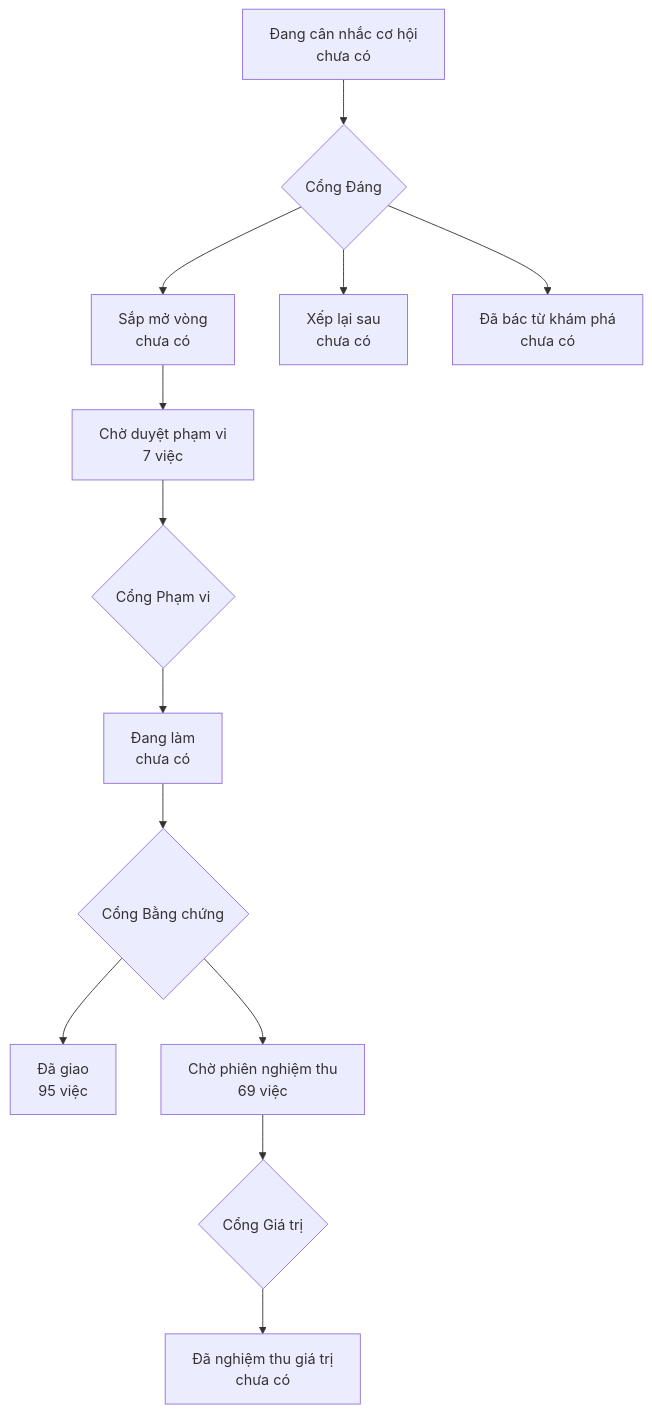
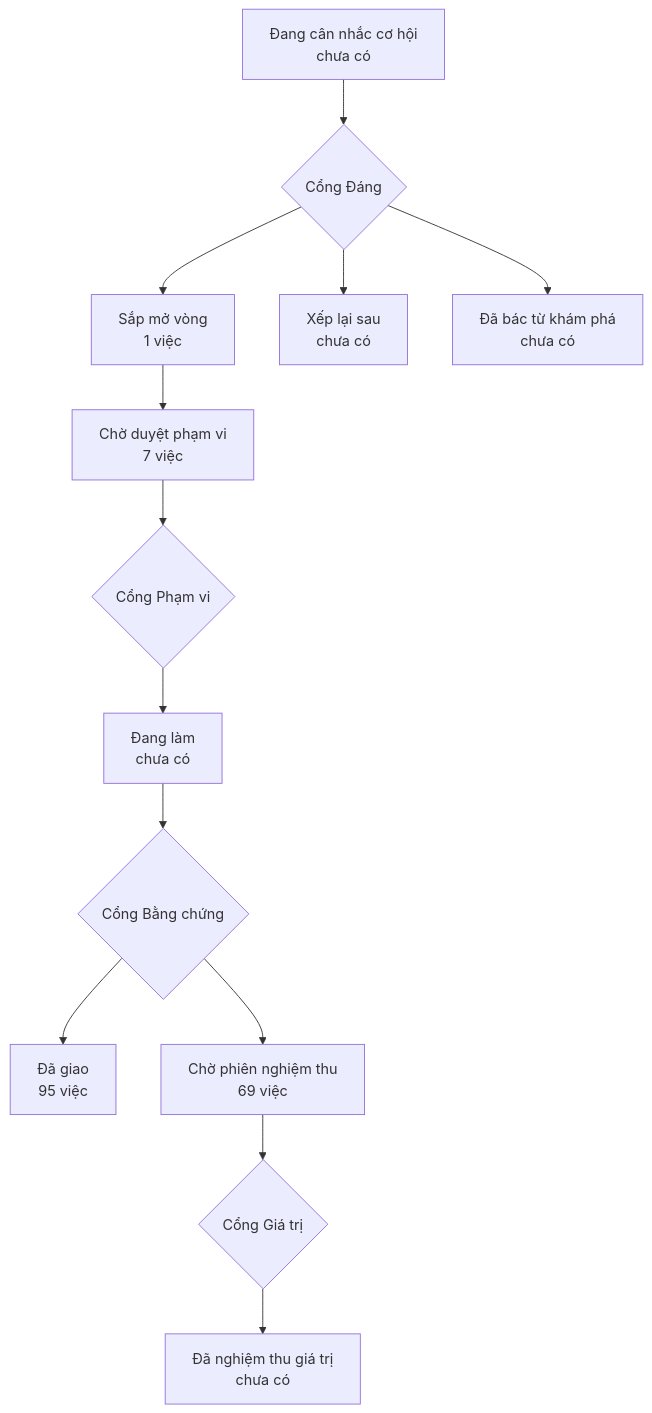
The diagram in PRODUCT-MAP.md (phanlemanh/onehub-invest), drawn with Mermaid before and after one commit. The commit also changed other lines of this file and 3 other files, not shown here.

````diff
--- a/PRODUCT-MAP.md
+++ b/PRODUCT-MAP.md
@@ -7,12 +7,12 @@
 ```mermaid
 flowchart TD
   A["Đang cân nhắc cơ hội<br/>chưa có"] --> GD{"Cổng Đáng"}
-  GD --> B["Sắp mở vòng<br/>chưa có"]
+  GD --> B["Sắp mở vòng<br/>1 việc"]
   GD --> XL["Xếp lại sau<br/>chưa có"]
   GD --> DB["Đã bác từ khám phá<br/>chưa có"]
   B --> CD["Chờ duyệt phạm vi<br/>7 việc"] --> GP{"Cổng Phạm vi"}
   GP --> DL["Đang làm<br/>chưa có"] --> GB{"Cổng Bằng chứng"}
   GB --> DG["Đã giao<br/>95 việc"]
   GB --> CN["Chờ phiên nghiệm thu<br/>69 việc"] --> GG{"Cổng Giá trị"}
   GG --> NT["Đã nghiệm thu giá trị<br/>chưa có"]
 ```
````
